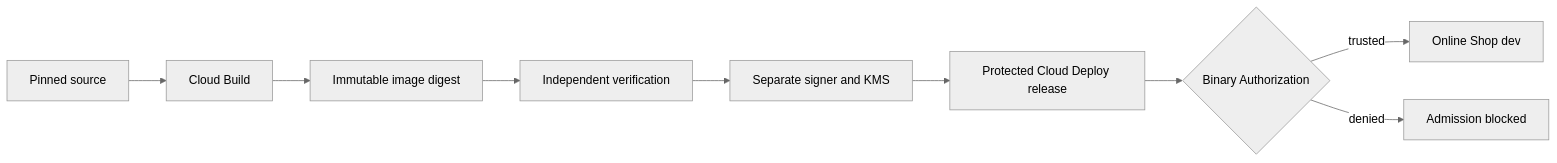
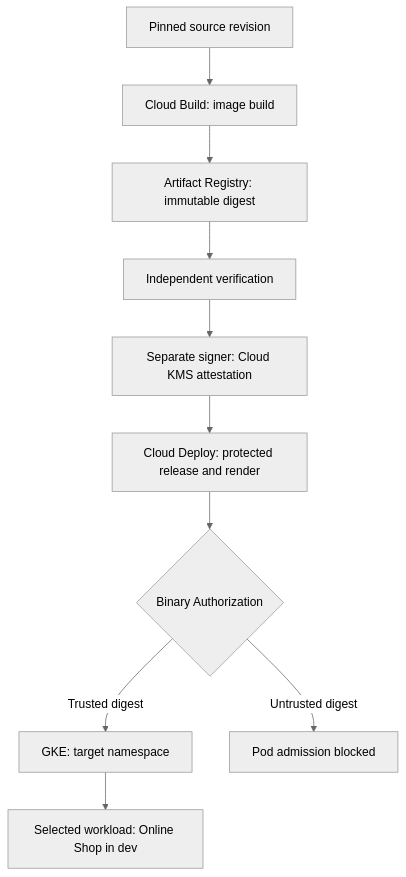
One commit to DimitryZH/secure-delivery-platform changed the diagram in README.md. Above: the diagram before and after it, drawn with Mermaid (neutral theme). The commit also changed other lines of this file, not shown here.

````diff
--- a/README.md
+++ b/README.md
@@ -30,11 +29,12 @@
 ```mermaid
-flowchart LR
-    Source[Pinned source] --> Build[Cloud Build]
-    Build --> Registry[Immutable image digest]
-    Registry --> Verify[Independent verification]
-    Verify --> Sign[Separate signer and KMS]
-    Sign --> Deploy[Protected Cloud Deploy release]
-    Deploy --> Admission{Binary Authorization}
-    Admission -->|trusted| Runtime[Online Shop dev]
-    Admission -->|denied| Blocked[Admission blocked]
+flowchart TB
+    Source["Pinned source revision"] --> Build["Cloud Build: image build"]
+    Build --> Registry["Artifact Registry: immutable digest"]
+    Registry --> Verify["Independent verification"]
+    Verify --> Sign["Separate signer: Cloud KMS attestation"]
+    Sign --> Deploy["Cloud Deploy: protected release and render"]
+    Deploy --> Admission{"Binary Authorization"}
+    Admission -->|"Trusted digest"| GKE["GKE: target namespace"]
+    Admission -->|"Untrusted digest"| Blocked["Pod admission blocked"]
+    GKE --> Workload["Selected workload: Online Shop in dev"]
 ```
````
